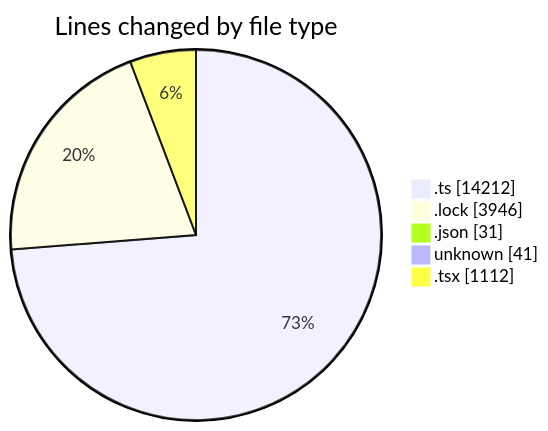
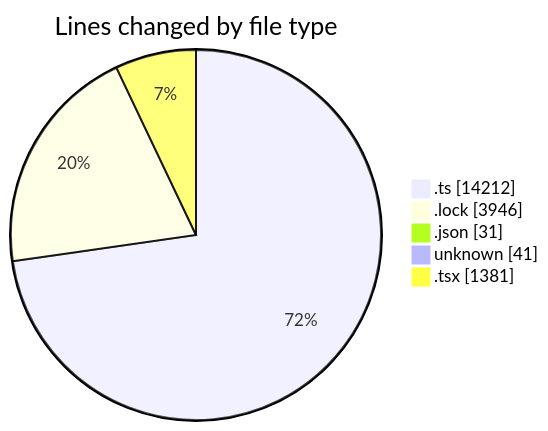
The first of 2 diagrams in 2025-08-19/cda/README.md (momahboobian/code-tracking), drawn with Mermaid before and after one commit. The commit also changed other lines of this file and 1 other file, not shown here.

````diff
--- a/2025-08-19/cda/README.md
+++ b/2025-08-19/cda/README.md
@@ -34,9 +38,9 @@
 ```mermaid
 pie showData
 title Lines changed by file type
 ".ts" : 14212
 ".lock" : 3946
 ".json" : 31
 "unknown" : 41
-".tsx" : 1112
+".tsx" : 1381
 ```
````
